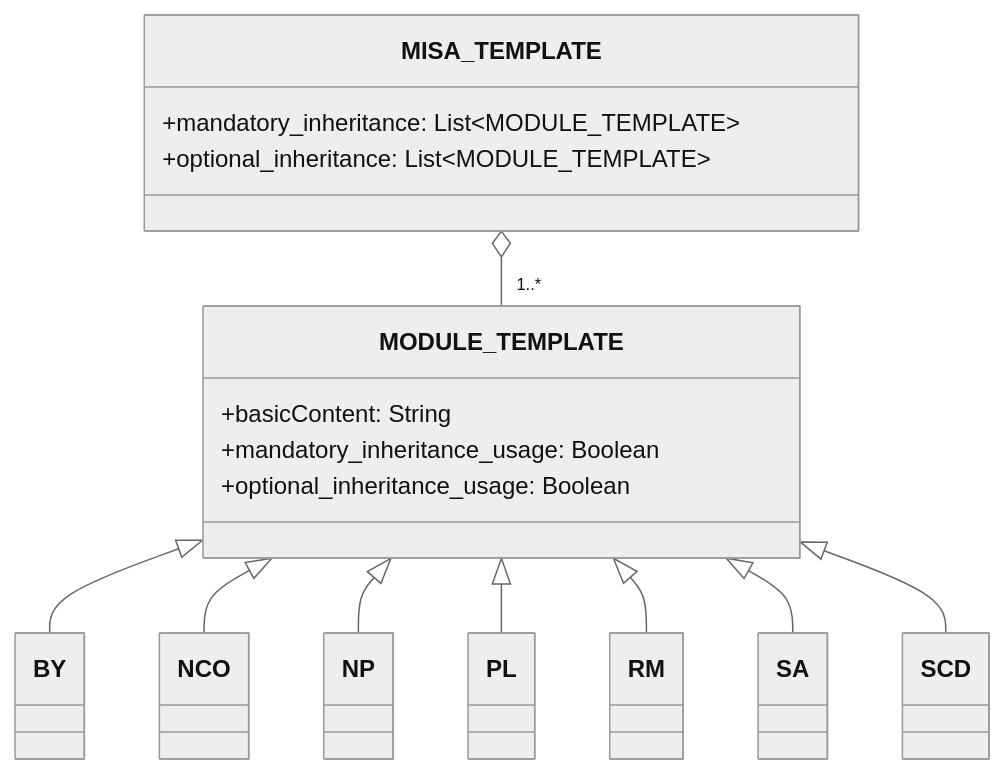
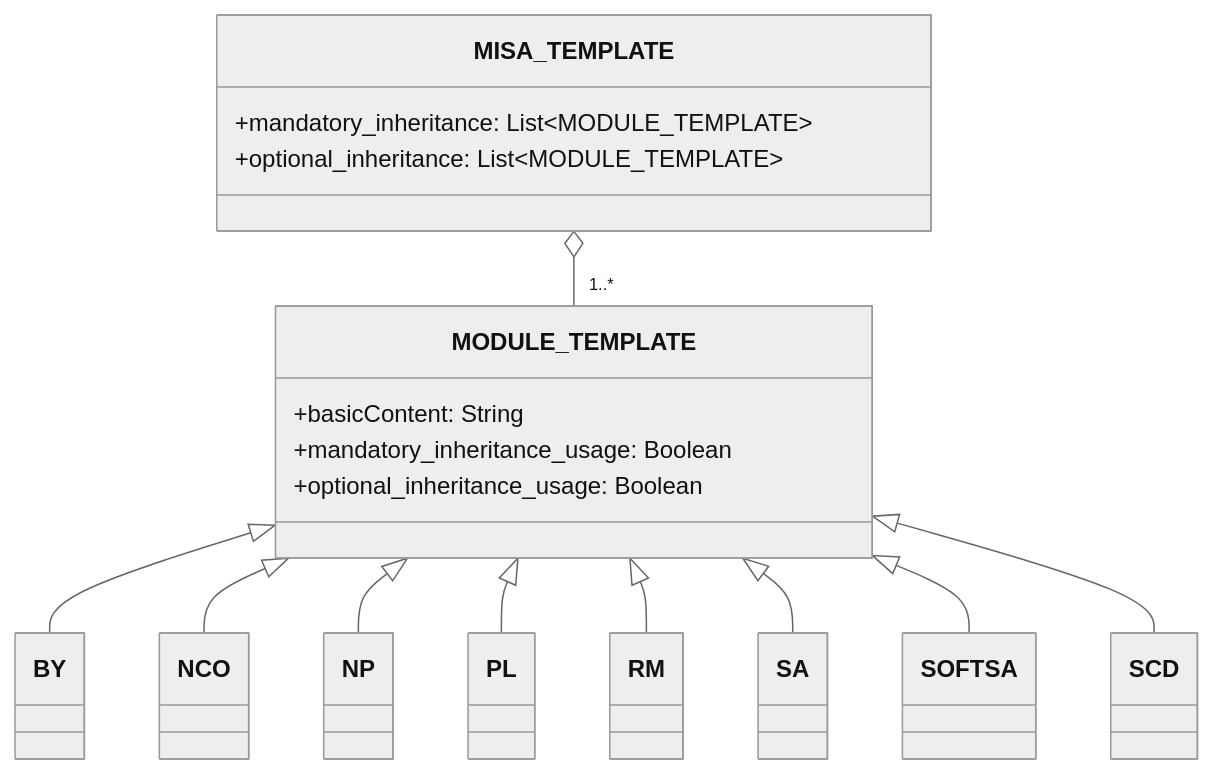
The diagram in Other Languages/README_ar.md (ThePioneerJP/MISA-license-framework), drawn with Mermaid (neutral theme) before and after one commit. The commit also changed other lines of this file and 11 other files, not shown here.

````diff
--- a/Other Languages/README_ar.md
+++ b/Other Languages/README_ar.md
@@ -25,23 +25,24 @@
 ```mermaid
 classDiagram
     class MODULE_TEMPLATE {
         +basicContent: String
         +mandatory_inheritance_usage: Boolean
         +optional_inheritance_usage: Boolean
     }
     
     MODULE_TEMPLATE <|-- BY
     MODULE_TEMPLATE <|-- NCO
     MODULE_TEMPLATE <|-- NP
     MODULE_TEMPLATE <|-- PL
     MODULE_TEMPLATE <|-- RM
     MODULE_TEMPLATE <|-- SA
+    MODULE_TEMPLATE <|-- SOFTSA
     MODULE_TEMPLATE <|-- SCD
     
     class MISA_TEMPLATE {
         +mandatory_inheritance: List~MODULE_TEMPLATE~
         +optional_inheritance: List~MODULE_TEMPLATE~
     }
     
     MISA_TEMPLATE o--  "1..*" MODULE_TEMPLATE
 ```
````
